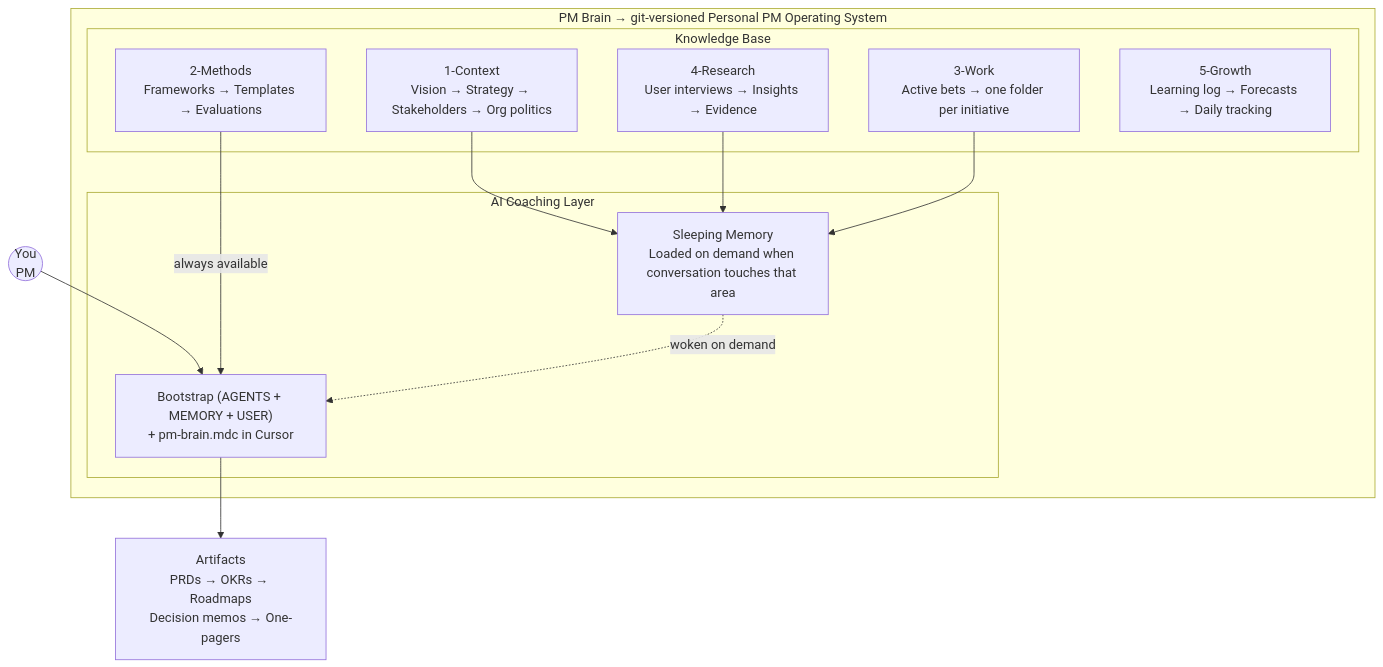
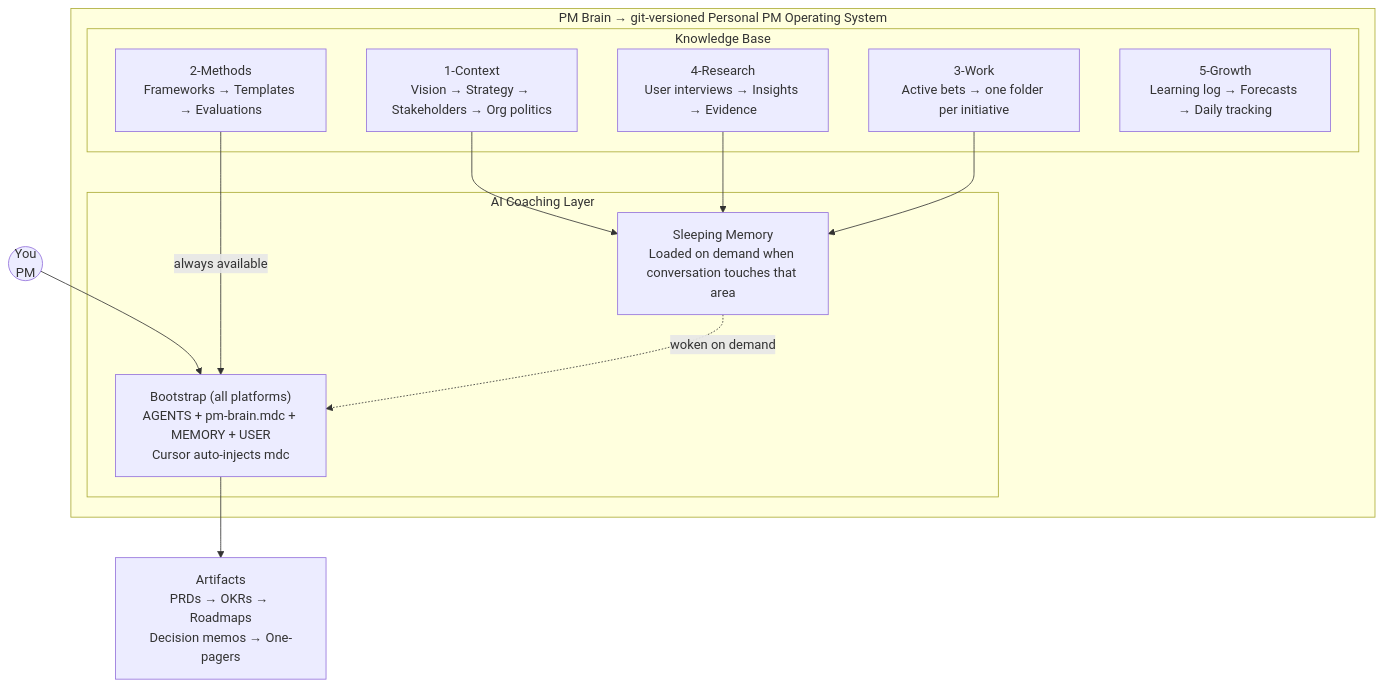
Before and after one commit to andreaskelm/pm-brain: the first of 9 diagrams in docs/architecture.md, drawn with Mermaid. The commit also changed other lines of this file and 18 other files, not shown here.

````diff
--- a/docs/architecture.md
+++ b/docs/architecture.md
@@ -15,24 +15,24 @@
 ```mermaid
 graph TB
     subgraph repo["PM Brain → git-versioned Personal PM Operating System"]
         subgraph kb["Knowledge Base"]
             B["1-Context<br/>Vision → Strategy → Stakeholders → Org politics"]
             C["2-Methods<br/>Frameworks → Templates → Evaluations"]
             E["3-Work<br/>Active bets → one folder per initiative"]
             D["4-Research<br/>User interviews → Insights → Evidence"]
             A["5-Growth<br/>Learning log → Forecasts → Daily tracking"]
         end
         subgraph ai["AI Coaching Layer"]
-            BOOT["Bootstrap (AGENTS + MEMORY + USER)<br/>+ pm-brain.mdc in Cursor"]
+            BOOT["Bootstrap (all platforms)<br/>AGENTS + pm-brain.mdc + MEMORY + USER<br/>Cursor auto-injects mdc"]
             MEM["Sleeping Memory<br/>Loaded on demand when conversation touches that area"]
         end
     end
 
     PM(("You<br/>PM")) --> BOOT
     C -->|"always available"| BOOT
     B --> MEM
     D --> MEM
     E --> MEM
     MEM -.->|"woken on demand"| BOOT
     BOOT --> OUT["Artifacts<br/>PRDs → OKRs → Roadmaps<br/>Decision memos → One-pagers"]
 ```
````
